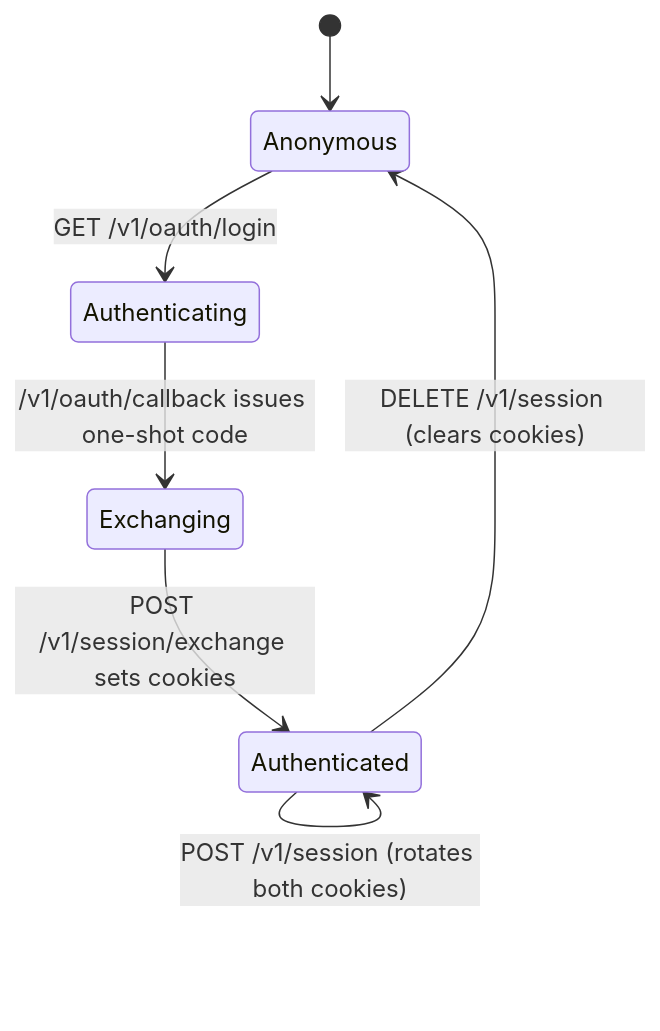
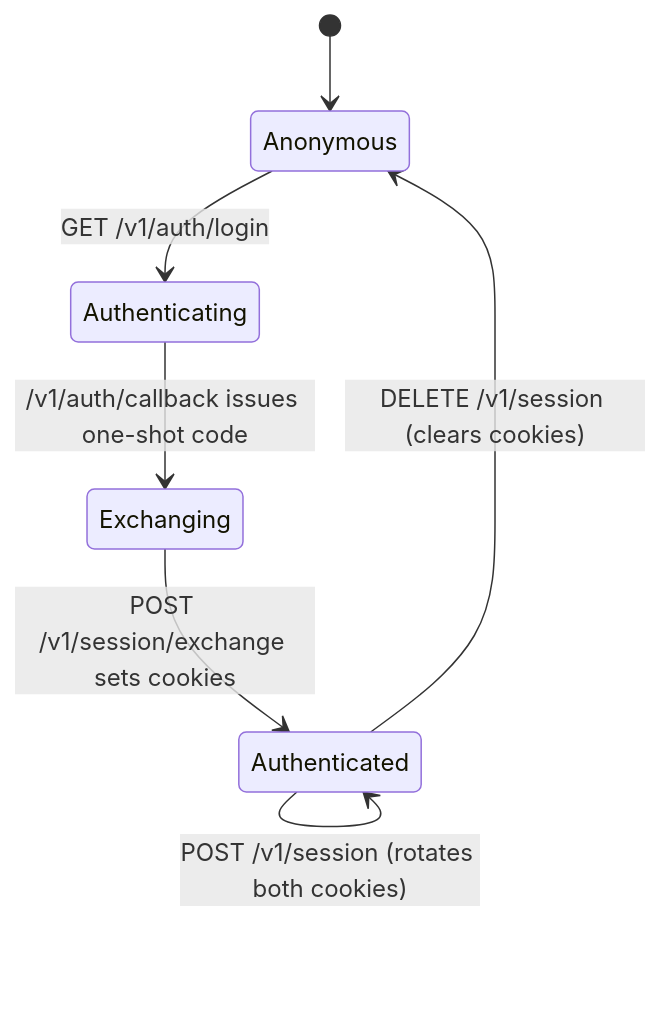
The third of 3 diagrams in docs/src/architecture/04-auth-flow.md (EPFL-ENAC/co2-calculator), drawn with Mermaid before and after one commit. The commit also changed other lines of this file and 8 other files, not shown here.

````diff
--- a/docs/src/architecture/04-auth-flow.md
+++ b/docs/src/architecture/04-auth-flow.md
@@ -75,9 +75,9 @@
 ```mermaid
 stateDiagram-v2
     [*] --> Anonymous
-    Anonymous --> Authenticating: GET /v1/oauth/login
-    Authenticating --> Exchanging: /v1/oauth/callback issues one-shot code
+    Anonymous --> Authenticating: GET /v1/auth/login
+    Authenticating --> Exchanging: /v1/auth/callback issues one-shot code
     Exchanging --> Authenticated: POST /v1/session/exchange sets cookies
     Authenticated --> Authenticated: POST /v1/session (rotates both cookies)
     Authenticated --> Anonymous: DELETE /v1/session (clears cookies)
 ```
````
